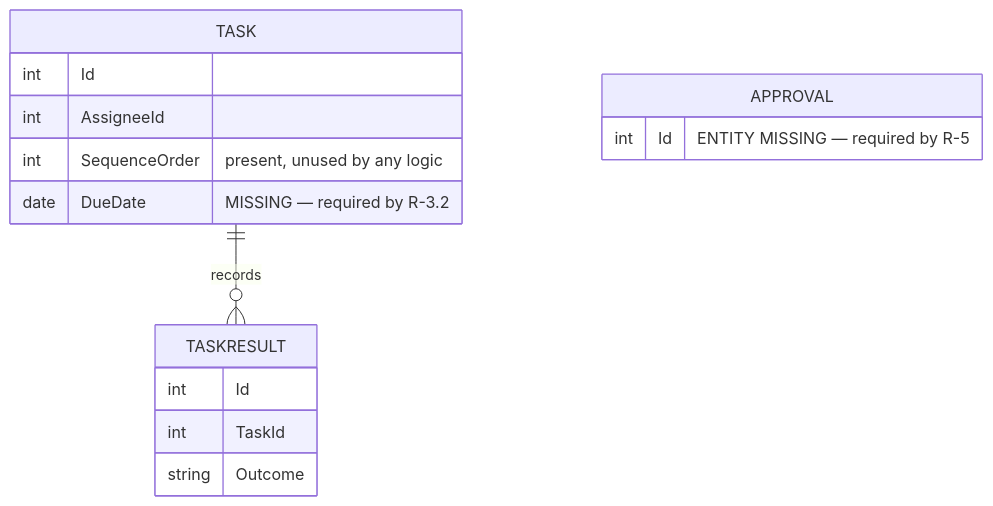
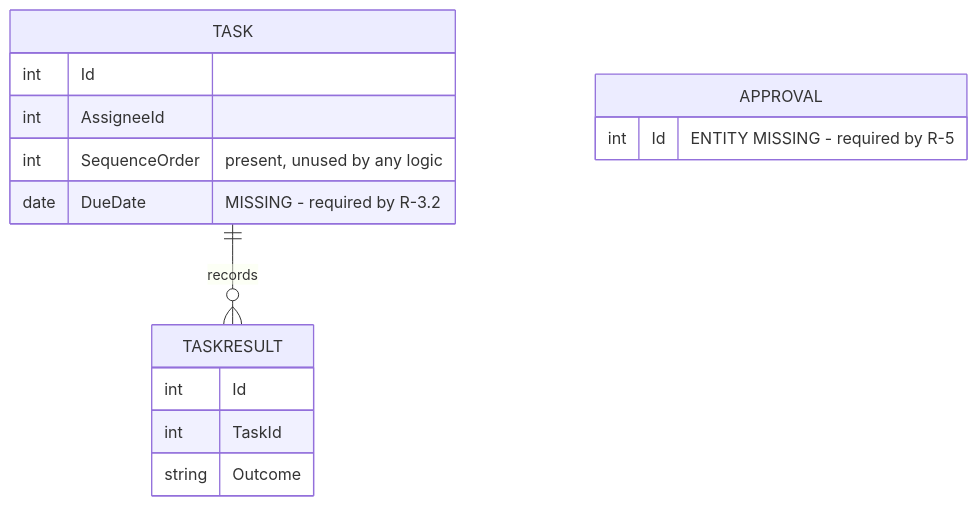
Before and after one commit to Xoltox/fulcrum: the third of 4 diagrams in skills/fulcrum-gap-analysis/references/coverage-and-diagrams.md, drawn with Mermaid. The commit also changed other lines of this file and 48 other files, not shown here.

````diff
--- a/skills/fulcrum-gap-analysis/references/coverage-and-diagrams.md
+++ b/skills/fulcrum-gap-analysis/references/coverage-and-diagrams.md
@@ -79,18 +79,18 @@
 ```mermaid
 erDiagram
     TASK ||--o{ TASKRESULT : records
     TASK {
         int Id
         int AssigneeId
         int SequenceOrder "present, unused by any logic"
-        date DueDate "MISSING — required by R-3.2"
+        date DueDate "MISSING - required by R-3.2"
     }
     TASKRESULT {
         int Id
         int TaskId
         string Outcome
     }
     APPROVAL {
-        int Id "ENTITY MISSING — required by R-5"
+        int Id "ENTITY MISSING - required by R-5"
     }
 ```
````
